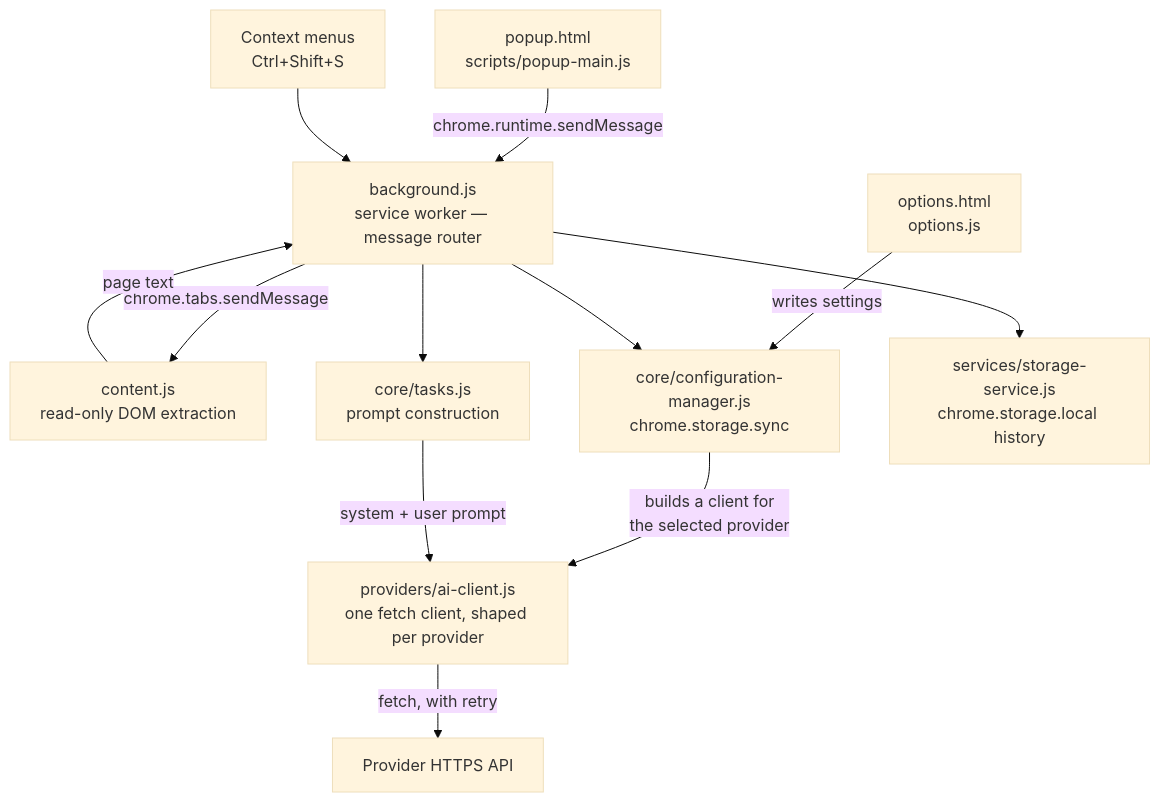
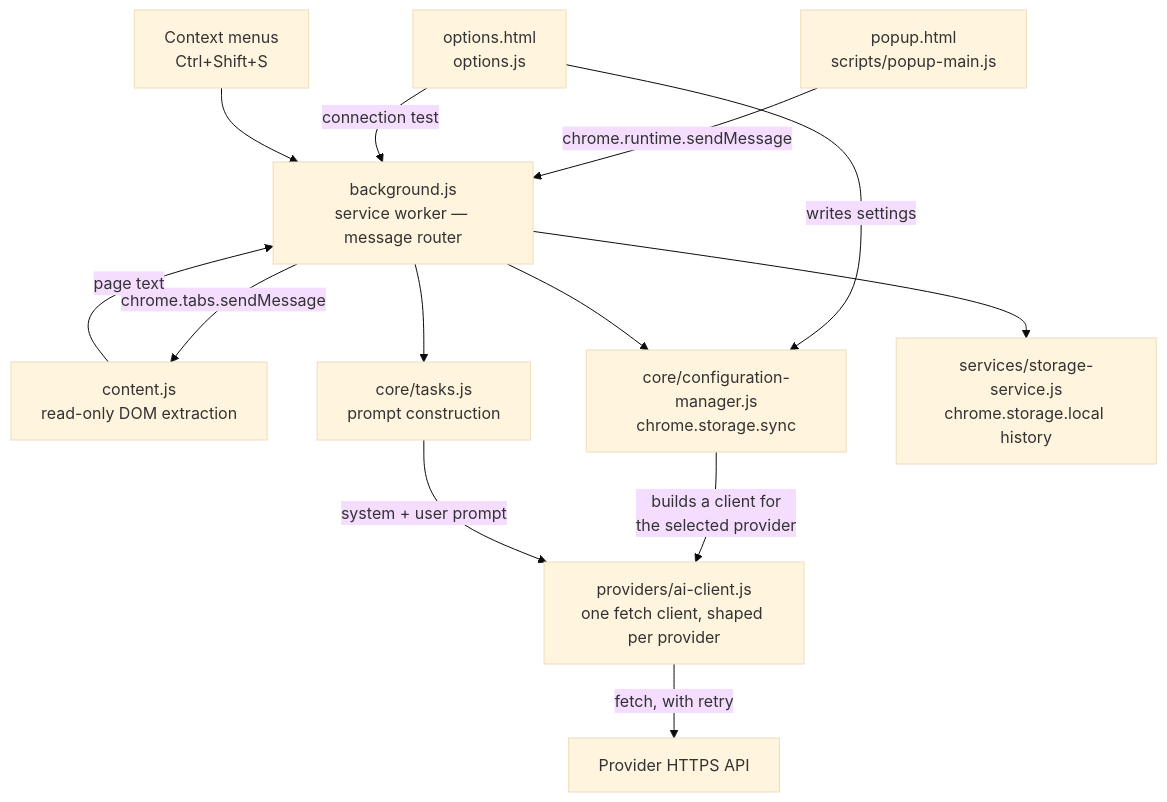
One commit to aaron-seq/GenAI-Browser-Tool changed the first of 3 diagrams in docs/DEVELOPMENT.md. Above: the diagram before and after it, drawn with Mermaid (base theme). The commit also changed other lines of this file and 13 other files, not shown here.

````diff
--- a/docs/DEVELOPMENT.md
+++ b/docs/DEVELOPMENT.md
@@ -12,25 +12,26 @@
 ```mermaid
 flowchart TD
     popup["popup.html<br/>scripts/popup-main.js"]
     options["options.html<br/>options.js"]
     menus["Context menus<br/>Ctrl+Shift+S"]
     bg["background.js<br/>service worker — message router"]
     content["content.js<br/>read-only DOM extraction"]
     config["core/configuration-manager.js<br/>chrome.storage.sync"]
     tasks["core/tasks.js<br/>prompt construction"]
     client["providers/ai-client.js<br/>one fetch client, shaped per provider"]
     store["services/storage-service.js<br/>chrome.storage.local history"]
     api["Provider HTTPS API"]
 
     popup -->|chrome.runtime.sendMessage| bg
     options -->|writes settings| config
+    options -->|connection test| bg
     menus --> bg
     bg -->|chrome.tabs.sendMessage| content
     content -->|page text| bg
     bg --> config
     bg --> tasks
     config -->|builds a client for<br/>the selected provider| client
     tasks -->|system + user prompt| client
     client -->|fetch, with retry| api
     bg --> store
 ```
````
